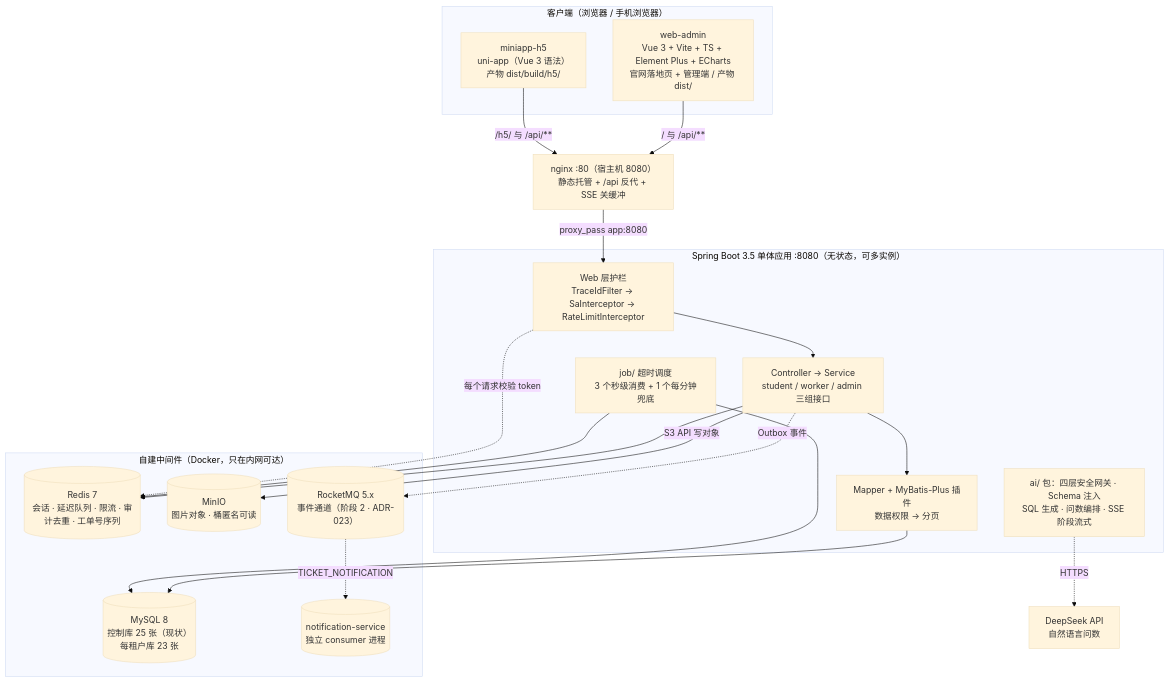
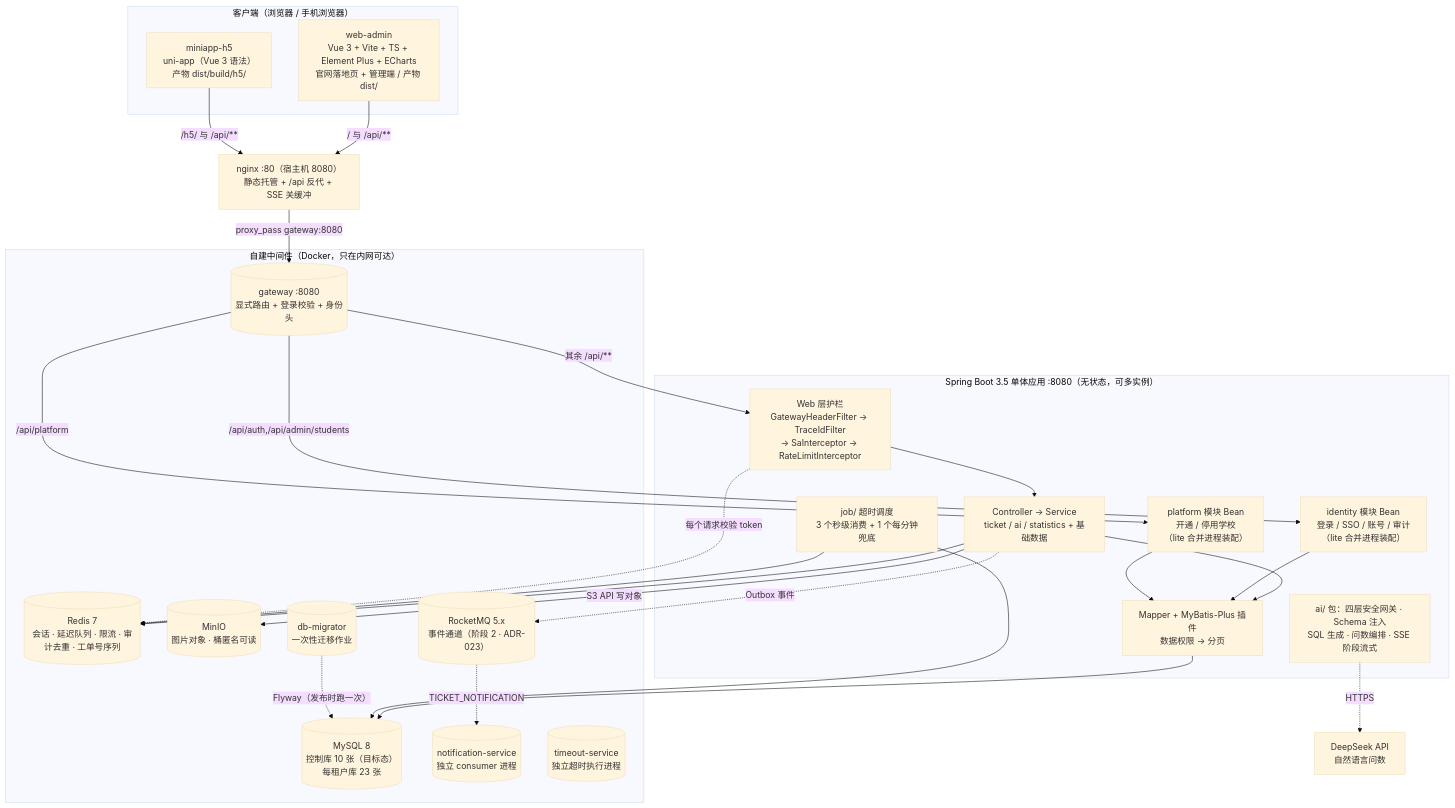
The second of 14 diagrams in docs/06-架构图.md (bluemalic/repair-platform), drawn with Mermaid (base theme) before and after one commit. The commit also changed other lines of this file and 8 other files, not shown here.

````diff
--- a/docs/06-架构图.md
+++ b/docs/06-架构图.md
@@ -80,42 +80,53 @@
 ```mermaid
 flowchart TB
     subgraph client["客户端（浏览器 / 手机浏览器）"]
         adminApp["web-admin<br/>Vue 3 + Vite + TS + Element Plus + ECharts<br/>官网落地页 + 管理端 / 产物 dist/"]
         h5App["miniapp-h5<br/>uni-app（Vue 3 语法）<br/>产物 dist/build/h5/"]
     end
 
     nginx["nginx :80（宿主机 8080）<br/>静态托管 + /api 反代 + SSE 关缓冲"]
 
     subgraph boot["Spring Boot 3.5 单体应用 :8080（无状态，可多实例）"]
-        guard["Web 层护栏<br/>TraceIdFilter → SaInterceptor → RateLimitInterceptor"]
-        biz["Controller → Service<br/>student / worker / admin 三组接口"]
+        guard["Web 层护栏<br/>GatewayHeaderFilter → TraceIdFilter<br/>→ SaInterceptor → RateLimitInterceptor"]
+        biz["Controller → Service<br/>ticket / ai / statistics + 基础数据"]
         orm["Mapper + MyBatis-Plus 插件<br/>数据权限 → 分页"]
         sched["job/ 超时调度<br/>3 个秒级消费 + 1 个每分钟兜底"]
         aiPkg["ai/ 包：四层安全网关 · Schema 注入<br/>SQL 生成 · 问数编排 · SSE 阶段流式"]
+        idx["identity 模块 Bean<br/>登录 / SSO / 账号 / 审计<br/>（lite 合并进程装配）"]
+        pfm["platform 模块 Bean<br/>开通 / 停用学校<br/>（lite 合并进程装配）"]
     end
 
     subgraph infra["自建中间件（Docker，只在内网可达）"]
-        mysql[("MySQL 8<br/>控制库 25 张（现状）<br/>每租户库 23 张")]
+        mysql[("MySQL 8<br/>控制库 10 张（目标态）<br/>每租户库 23 张")]
         redis[("Redis 7<br/>会话 · 延迟队列 · 限流 · 审计去重 · 工单号序列")]
         minio[("MinIO<br/>图片对象 · 桶匿名可读")]
         rocketmq[("RocketMQ 5.x<br/>事件通道（阶段 2 · ADR-023）")]
         notification[("notification-service<br/>独立 consumer 进程")]
+        timeout[("timeout-service<br/>独立超时执行进程")]
+        gateway[("gateway :8080<br/>显式路由 + 登录校验 + 身份头")]
+        migrator[("db-migrator<br/>一次性迁移作业")]
     end
 
     deepseek["DeepSeek API<br/>自然语言问数"]
 
     adminApp -->|"/ 与 /api/**"| nginx
     h5App -->|"/h5/ 与 /api/**"| nginx
-    nginx -->|"proxy_pass app:8080"| guard
+    nginx -->|"proxy_pass gateway:8080"| gateway
+    gateway -->|"/api/auth,/api/admin/students"| idx
+    gateway -->|"/api/platform"| pfm
+    gateway -->|"其余 /api/**"| guard
     guard --> biz
     biz --> orm
+    idx --> orm
+    pfm --> orm
     orm --> mysql
     biz --> redis
     biz -->|"S3 API 写对象"| minio
     biz -.->|"Outbox 事件"| rocketmq
     rocketmq -.->|"TICKET_NOTIFICATION"| notification
     sched --> redis
     sched --> mysql
     guard -.->|"每个请求校验 token"| redis
     aiPkg -.->|"HTTPS"| deepseek
+    migrator -.->|"Flyway（发布时跑一次）"| mysql
 ```
````
